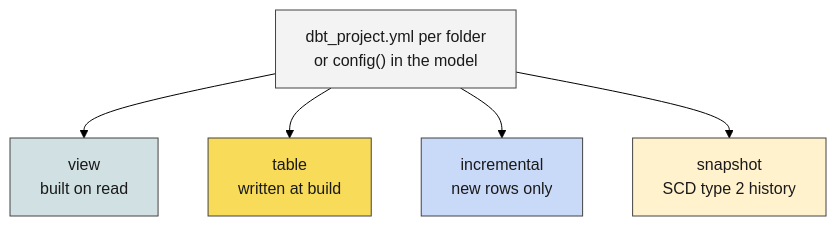
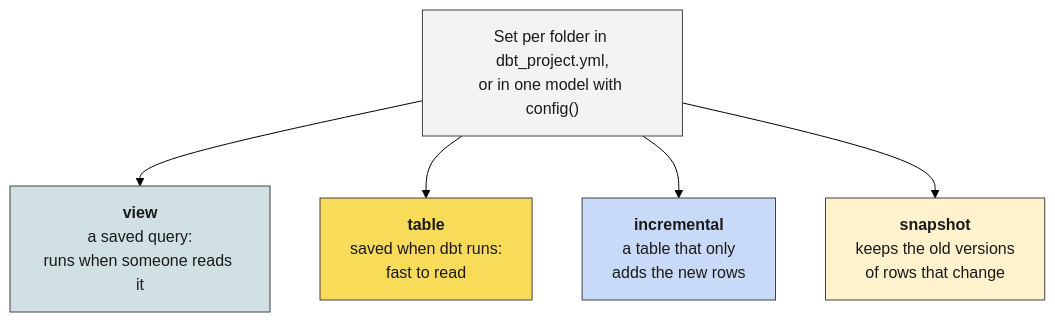
The diagram in courseware/common/diagrams/src/d3-materialisations.mmd (reachusama-decoded/cg-dxp), drawn with Mermaid (forest theme) before and after one commit. The commit also changed 26 other files, not shown here.

First line of the commit message:
Day 3 notebook: ice-breaker first, above the agenda; recap cut to two pictures with "Think" questions; the demo reads the warehouse with dbt show; comments on the sources file; a plainer materialisations picture; the Setup cell finds the notebook folder from anywhere, so it can be re-run after %cd

```diff
--- a/courseware/common/diagrams/src/d3-materialisations.mmd
+++ b/courseware/common/diagrams/src/d3-materialisations.mmd
@@ -1,17 +1,17 @@
 flowchart TB
-  Cfg["dbt_project.yml per folder<br/>or config() in the model"] --> V["view<br/>built on read"]
-  Cfg --> Tb["table<br/>written at build"]
-  Cfg --> Inc["incremental<br/>new rows only"]
-  Cfg --> Sn["snapshot<br/>SCD type 2 history"]
+  Cfg["Set per folder in dbt_project.yml,<br/>or in one model with config()"] --> V["<b>view</b><br/>a saved query:<br/>runs when someone reads it"]
+  Cfg --> Tb["<b>table</b><br/>saved when dbt runs:<br/>fast to read"]
+  Cfg --> Inc["<b>incremental</b><br/>a table that only<br/>adds the new rows"]
+  Cfg --> Sn["<b>snapshot</b><br/>keeps the old versions<br/>of rows that change"]
   class V aqua
   class Tb focus
   class Inc blue
   class Sn yellow
   class Cfg grey
 classDef blue fill:#C9DAF8,stroke:#434343,color:#1a1a1a
 classDef yellow fill:#FFF2CC,stroke:#434343,color:#1a1a1a
 classDef focus fill:#F8DB59,stroke:#434343,color:#1a1a1a
 classDef green fill:#D9EAD3,stroke:#434343,color:#1a1a1a
 classDef aqua fill:#D0E0E3,stroke:#434343,color:#1a1a1a
 classDef grey fill:#F3F3F3,stroke:#434343,color:#1a1a1a
 classDef red fill:#F4CCCC,stroke:#434343,color:#1a1a1a
```
